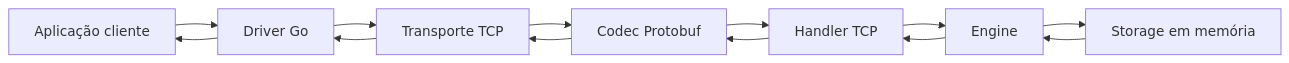
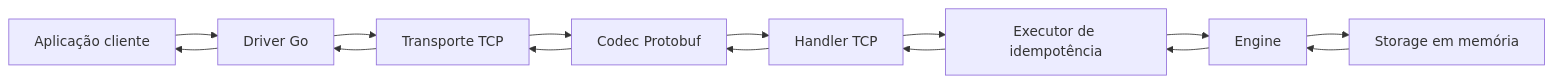
The diagram in docs/README.md (pescador95/memorydb), drawn with Mermaid before and after one commit. The commit also changed other lines of this file and 18 other files, not shown here.

````diff
--- a/docs/README.md
+++ b/docs/README.md
@@ -111,24 +130,27 @@
 ```mermaid
 flowchart LR
     Client["Aplicação cliente"]
     Driver["Driver Go"]
     TCP["Transporte TCP"]
     Codec["Codec Protobuf"]
     Handler["Handler TCP"]
+    Executor["Executor de idempotência"]
     Engine["Engine"]
     Storage["Storage em memória"]
 
     Client --> Driver
     Driver --> TCP
     TCP --> Codec
     Codec --> Handler
-    Handler --> Engine
+    Handler --> Executor
+    Executor --> Engine
     Engine --> Storage
 
     Storage --> Engine
-    Engine --> Handler
+    Engine --> Executor
+    Executor --> Handler
     Handler --> Codec
     Codec --> TCP
     TCP --> Driver
     Driver --> Client
 ```
````
